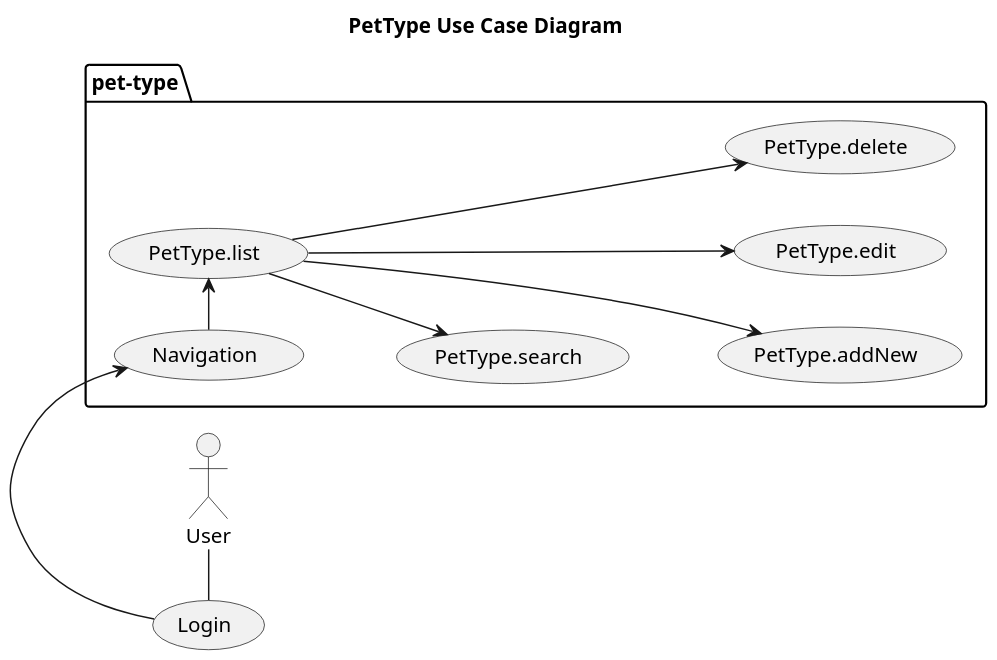
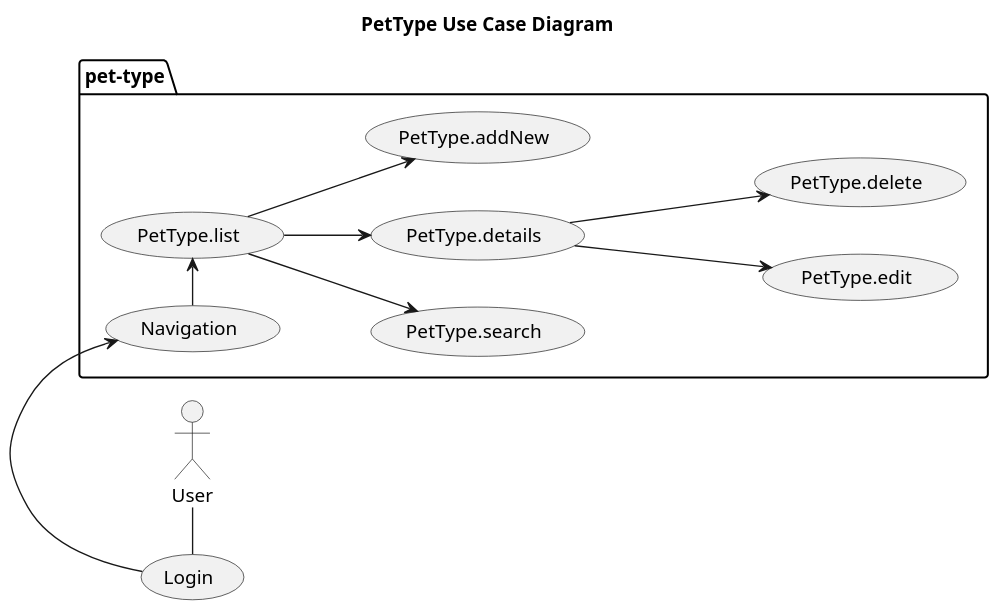
Before and after one commit to Jakarta-EE-Petclinic/petclinic-uml: the diagram in puml/owner/concept/PetType__UseCase.puml, drawn with PlantUML. The commit also changed 6 other files, not shown here.

```diff
--- a/puml/owner/concept/PetType__UseCase.puml
+++ b/puml/owner/concept/PetType__UseCase.puml
@@ -1,21 +1,22 @@
 @startuml
 
 title PetType Use Case Diagram
 
 'https://plantuml.com/use-case-diagram
 
 left to right direction
 'top to bottom direction
 
 scale 1000 width
 
 User - (Login)
 package pet-type {
     (Login) -> (Navigation)
     (Navigation) -> (PetType.list)
     (PetType.list) --> (PetType.search)
-    (PetType.list) ---> (PetType.addNew)
-    (PetType.list) ---> (PetType.edit)
-    (PetType.list) ---> (PetType.delete)
+    (PetType.list) --> (PetType.details)
+    (PetType.list) --> (PetType.addNew)
+    (PetType.details) ---> (PetType.edit)
+    (PetType.details) ---> (PetType.delete)
 }
 @enduml
```
